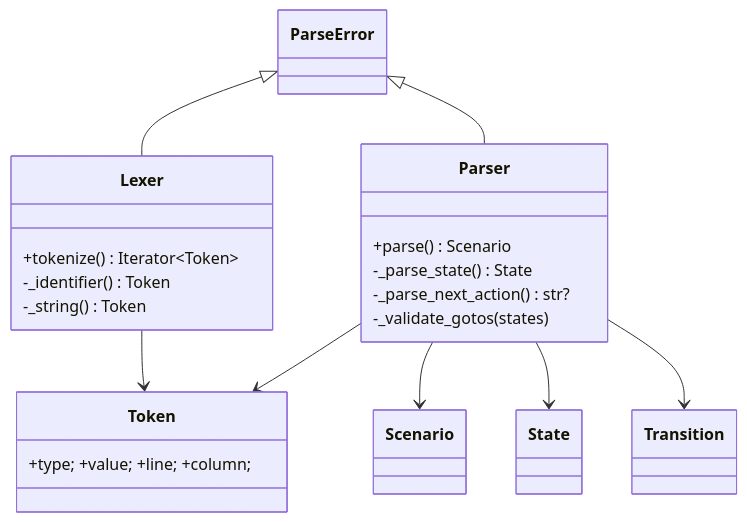
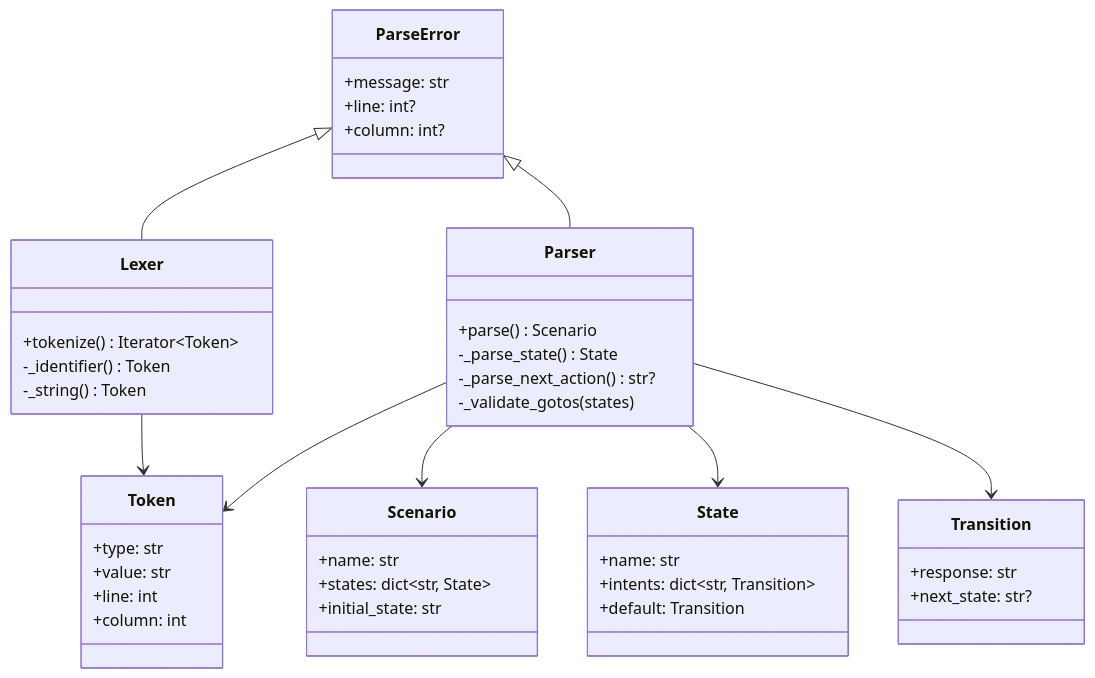
Before and after one commit to soongfs/dsl-agent: the second of 5 diagrams in docs/DESGIN.md, drawn with Mermaid. The commit also changed other lines of this file and 1 other file, not shown here.

Commit message:
微调文档中的mermaid图

````diff
--- a/docs/DESGIN.md
+++ b/docs/DESGIN.md
@@ -40,26 +40,46 @@
   ```mermaid
   classDiagram
       class Lexer {
           +tokenize() Iterator~Token~
           -_identifier() Token
           -_string() Token
       }
       class Parser {
           +parse() Scenario
           -_parse_state() State
           -_parse_next_action() str?
           -_validate_gotos(states)
       }
-      class Token {+type; +value; +line; +column;}
-      class ParseError
-      class Scenario
-      class State
-      class Transition
+      class Token {
+          +type: str
+          +value: str
+          +line: int
+          +column: int
+      }
+      class ParseError {
+          +message: str
+          +line: int?
+          +column: int?
+      }
+      class Scenario {
+          +name: str
+          +states: dict~str, State~
+          +initial_state: str
+      }
+      class State {
+          +name: str
+          +intents: dict~str, Transition~
+          +default: Transition
+      }
+      class Transition {
+          +response: str
+          +next_state: str?
+      }
       Lexer --> Token
       Parser --> Token
       Parser --> Scenario
       Parser --> State
       Parser --> Transition
       ParseError <|-- Lexer
       ParseError <|-- Parser
   ```
````
